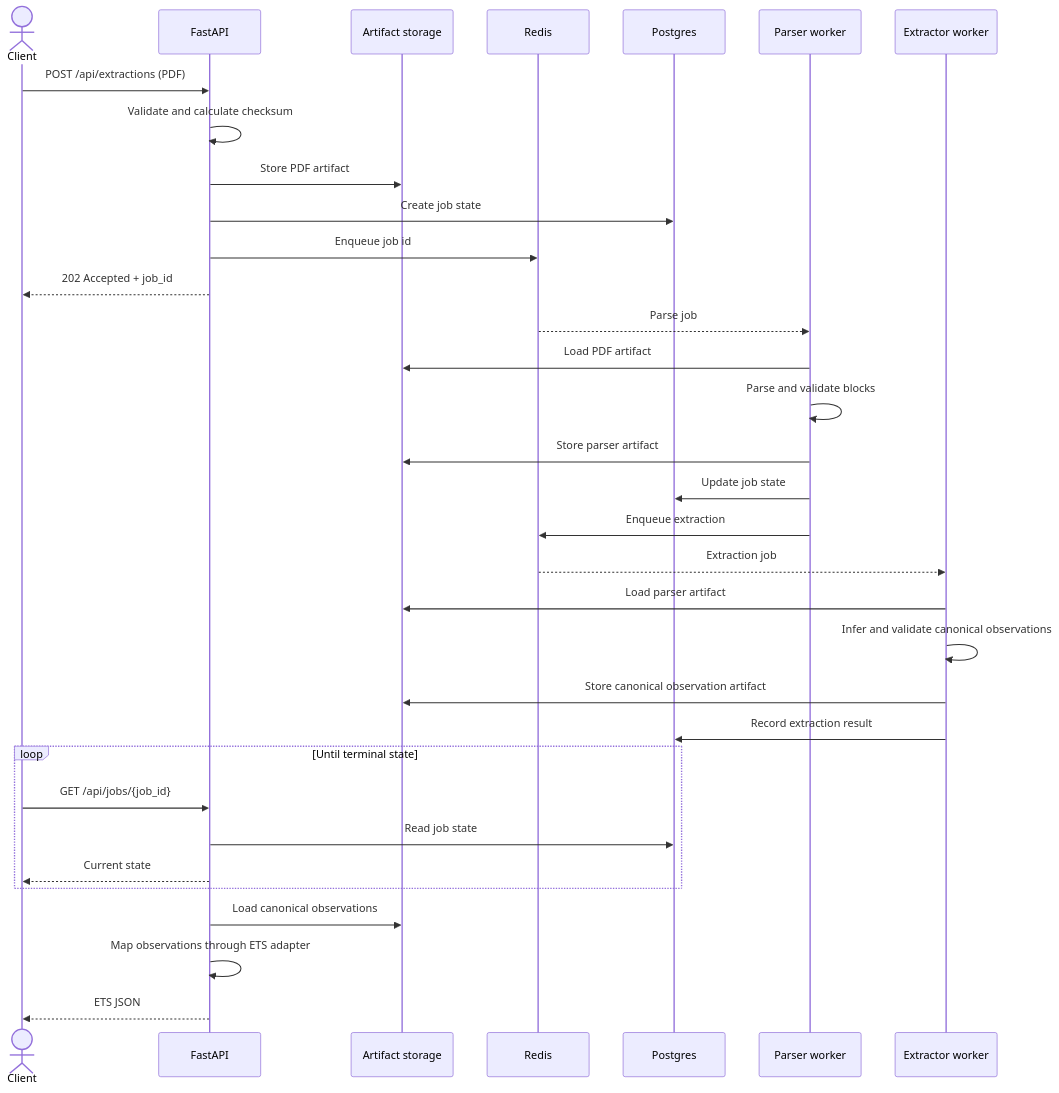
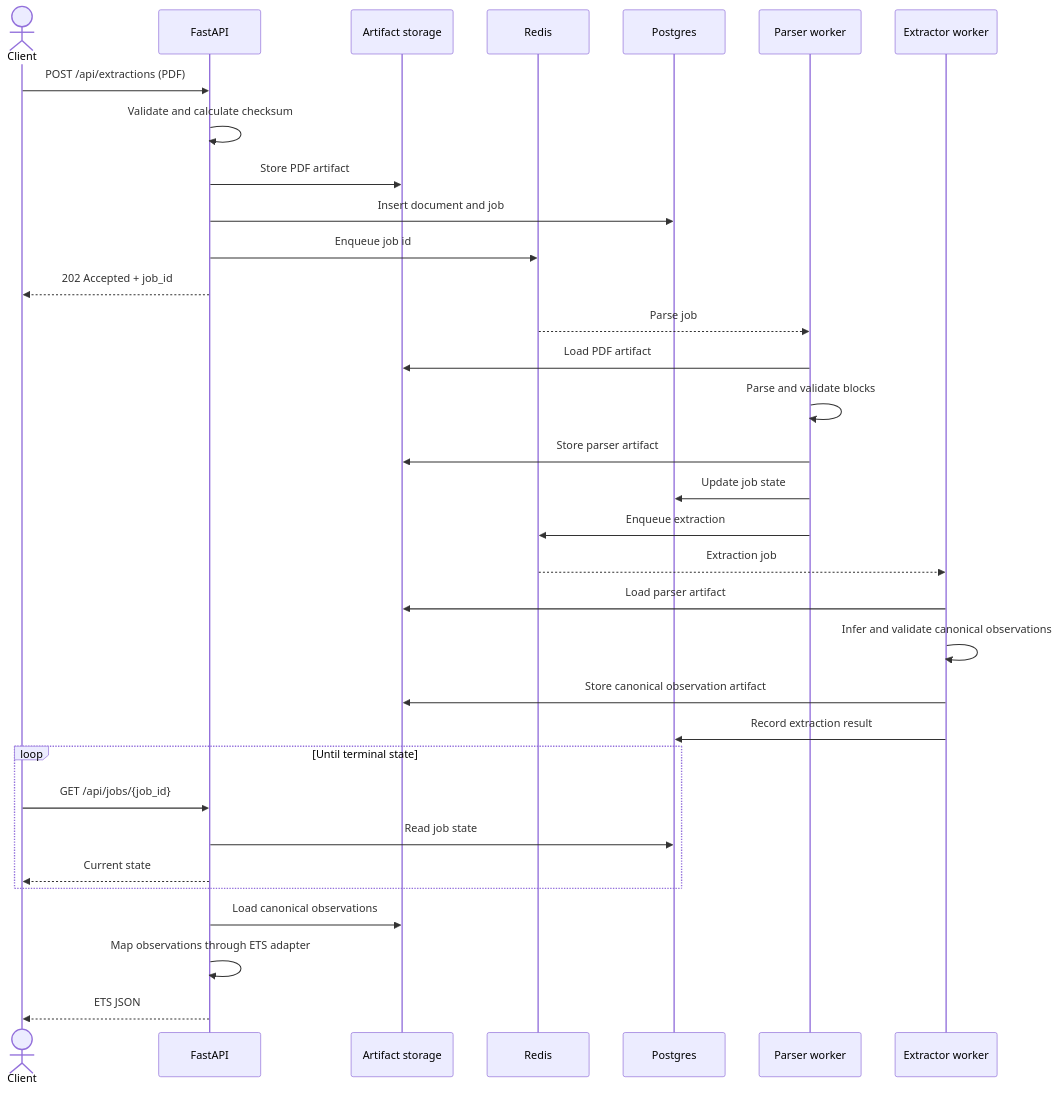
Before and after one commit to BioParser/BioParser: the second of 4 diagrams in docs/architecture.md, drawn with Mermaid. The commit also changed other lines of this file and 10 other files, not shown here.

First line of the commit message:
Insert the extraction document in the job transaction (#317)

````diff
--- a/docs/architecture.md
+++ b/docs/architecture.md
@@ -130,40 +130,40 @@
 ```mermaid
 sequenceDiagram
     actor Client
     participant API as FastAPI
     participant Store as Artifact storage
     participant Redis
     participant Postgres
     participant Parser as Parser worker
     participant Extractor as Extractor worker
 
     Client->>API: POST /api/extractions (PDF)
     API->>API: Validate and calculate checksum
     API->>Store: Store PDF artifact
-    API->>Postgres: Create job state
+    API->>Postgres: Insert document and job
     API->>Redis: Enqueue job id
     API-->>Client: 202 Accepted + job_id
 
     Redis-->>Parser: Parse job
     Parser->>Store: Load PDF artifact
     Parser->>Parser: Parse and validate blocks
     Parser->>Store: Store parser artifact
     Parser->>Postgres: Update job state
     Parser->>Redis: Enqueue extraction
 
     Redis-->>Extractor: Extraction job
     Extractor->>Store: Load parser artifact
     Extractor->>Extractor: Infer and validate canonical observations
     Extractor->>Store: Store canonical observation artifact
     Extractor->>Postgres: Record extraction result
 
     loop Until terminal state
         Client->>API: GET /api/jobs/{job_id}
         API->>Postgres: Read job state
         API-->>Client: Current state
     end
 
     API->>Store: Load canonical observations
     API->>API: Map observations through ETS adapter
     API-->>Client: ETS JSON
 ```
````
